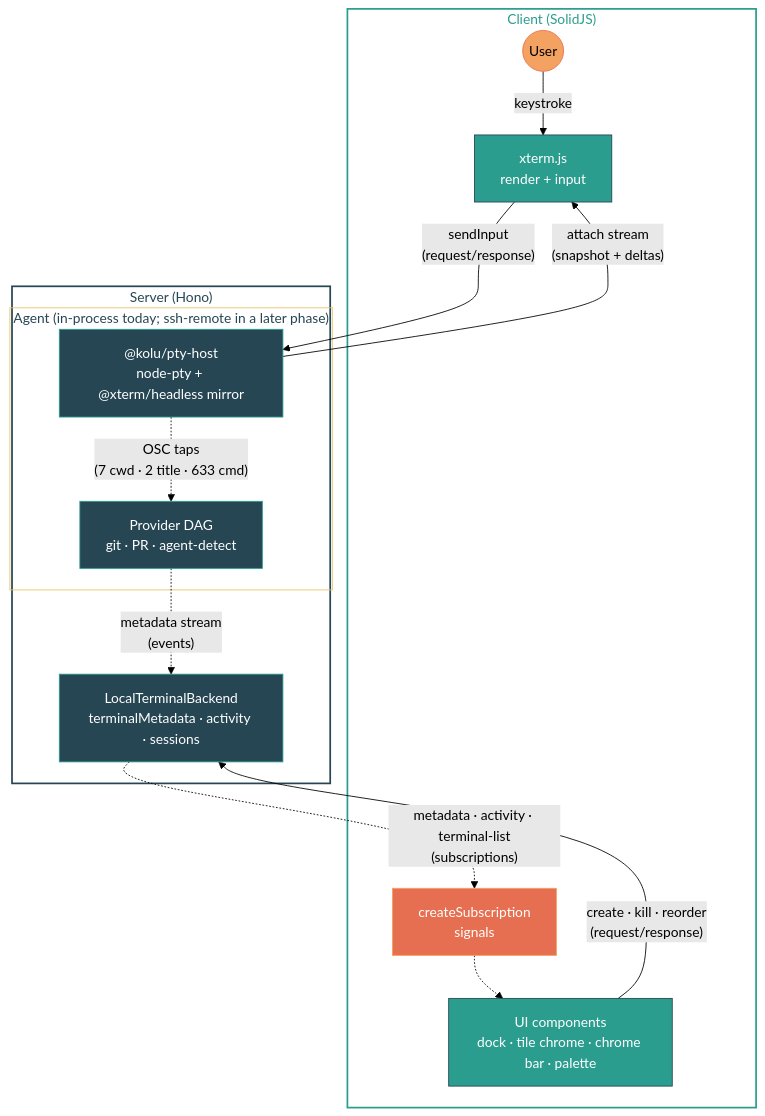
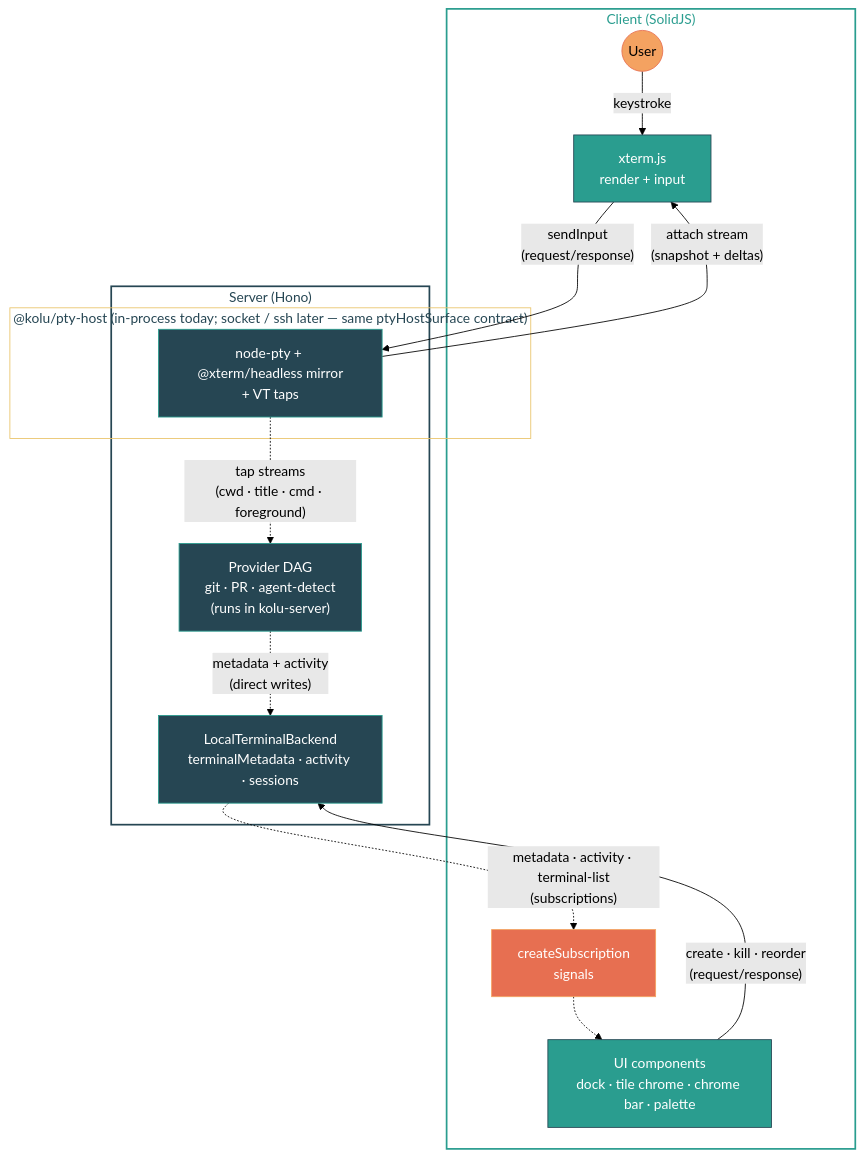
Before and after one commit to juspay/kolu: the diagram in README.md, drawn with Mermaid (forest theme). The commit also changed other lines of this file and 18 other files, not shown here.

First line of the commit message:
refactor(pty-host): consume the in-process pty-host through the ptyHostSurface contract (R-4 A1)

````diff
--- a/README.md
+++ b/README.md
@@ -232,40 +232,40 @@
 ```mermaid
 flowchart TB
   subgraph Client["Client (SolidJS)"]
     User((User)):::user
     Xterm["xterm.js\nrender + input"]:::client
     Subs["createSubscription\nsignals"]:::cache
     UI["UI components\ndock · tile chrome · chrome bar · palette"]:::client
   end
 
   subgraph Server["Server (Hono)"]
-    subgraph Agent["Agent (in-process today; ssh-remote in a later phase)"]
-      Host["@kolu/pty-host\nnode-pty + @xterm/headless mirror"]:::server
-      Providers["Provider DAG\ngit · PR · agent-detect"]:::server
+    subgraph PtyHost["@kolu/pty-host (in-process today; socket / ssh later — same ptyHostSurface contract)"]
+      Host["node-pty + @xterm/headless mirror\n+ VT taps"]:::server
     end
+    Providers["Provider DAG\ngit · PR · agent-detect\n(runs in kolu-server)"]:::server
     Backend["LocalTerminalBackend\nterminalMetadata · activity · sessions"]:::server
   end
 
-  %% Terminal I/O loop
+  %% Terminal I/O loop (through the ptyHostSurface contract)
   User -->|"keystroke"| Xterm
   Xterm -->|"sendInput\n(request/response)"| Host
   Host -->|"attach stream\n(snapshot + deltas)"| Xterm
 
   %% Metadata loop
-  Host -.->|"OSC taps\n(7 cwd · 2 title · 633 cmd)"| Providers
-  Providers -.->|"metadata stream\n(events)"| Backend
+  Host -.->|"tap streams\n(cwd · title · cmd · foreground)"| Providers
+  Providers -.->|"metadata + activity\n(direct writes)"| Backend
   Backend -.->|"metadata · activity · terminal-list\n(subscriptions)"| Subs
   Subs -.-> UI
 
   %% User actions
   UI -->|"create · kill · reorder\n(request/response)"| Backend
 
   classDef user fill:#f4a261,stroke:#e76f51,color:#000
   classDef client fill:#2a9d8f,stroke:#264653,color:#fff
   classDef cache fill:#e76f51,stroke:#f4a261,color:#fff
   classDef server fill:#264653,stroke:#2a9d8f,color:#fff
 
   style Client fill:none,stroke:#2a9d8f,stroke-width:2px,color:#2a9d8f
   style Server fill:none,stroke:#264653,stroke-width:2px,color:#264653
-  style Agent fill:none,stroke:#e9c46a,stroke-width:1px,color:#264653
+  style PtyHost fill:none,stroke:#e9c46a,stroke-width:1px,color:#264653
 ```
````
